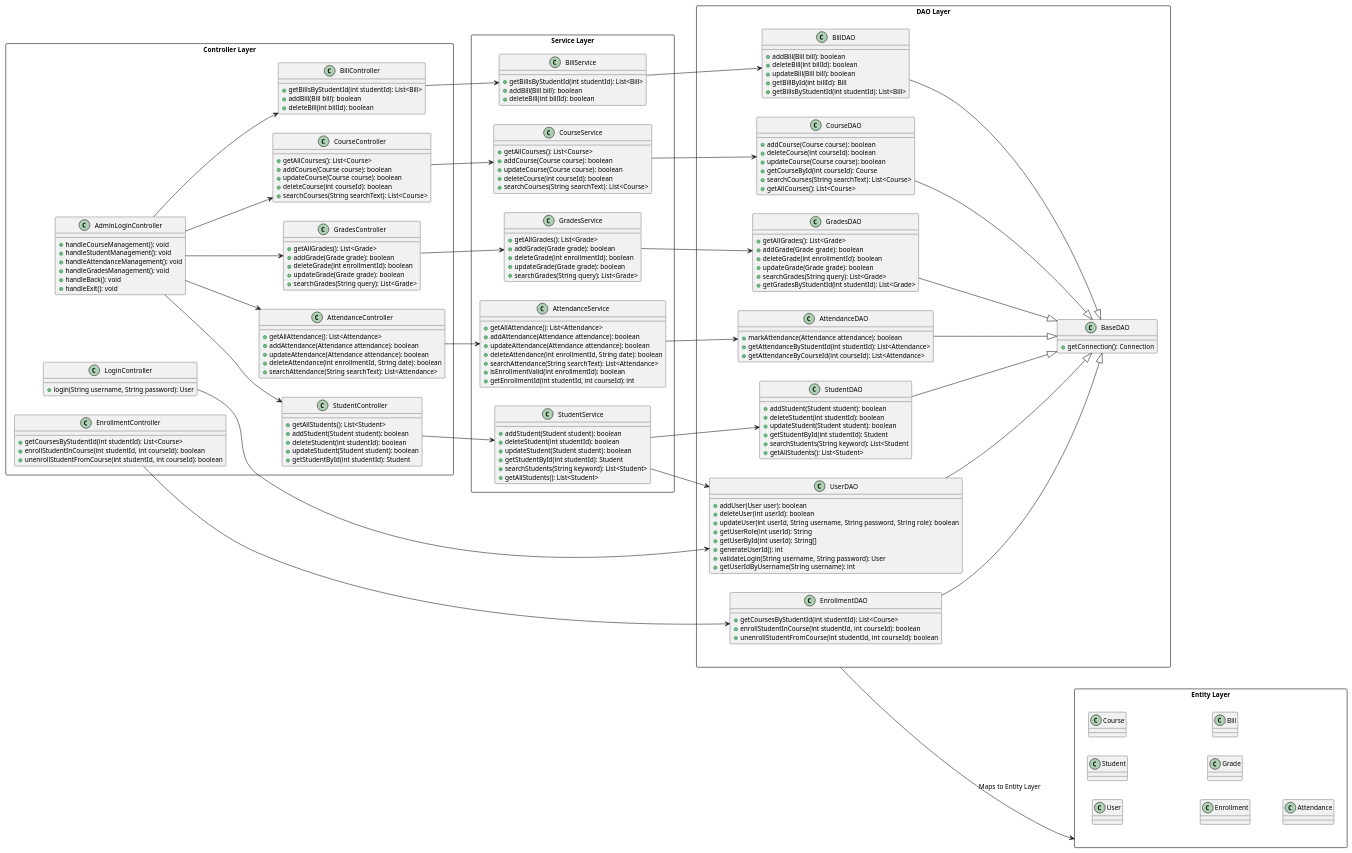
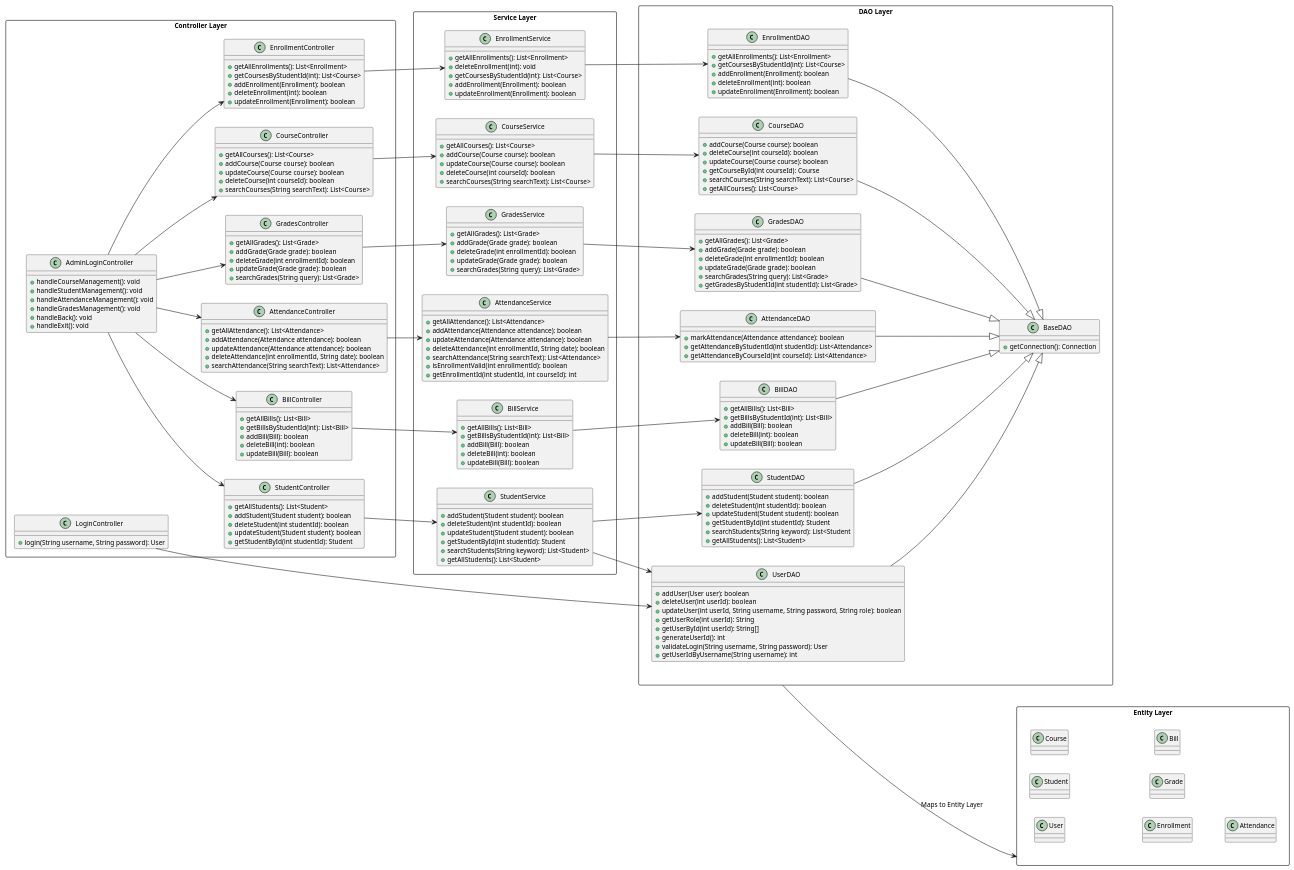
Before and after one commit to QianyiWu001/FinalProject: the diagram in Controller-Service-DAO.md, drawn with PlantUML. The commit also changed 11 other files, not shown here.

Commit message:
admin-enrollment,page management

```diff
--- a/Controller-Service-DAO.md
+++ b/Controller-Service-DAO.md
@@ -52,11 +52,7 @@
     + getAllCourses(): List<Course>
   }
 
-  class EnrollmentDAO {
-    + getCoursesByStudentId(int studentId): List<Course>
-    + enrollStudentInCourse(int studentId, int courseId): boolean
-    + unenrollStudentFromCourse(int studentId, int courseId): boolean
-  }
+
 
   class GradesDAO {
     + getAllGrades(): List<Grade>
@@ -67,14 +63,21 @@
     + getGradesByStudentId(int studentId): List<Grade>
   }
 
-  class BillDAO {
-    + addBill(Bill bill): boolean
-    + deleteBill(int billId): boolean
-    + updateBill(Bill bill): boolean
-    + getBillById(int billId): Bill
-    + getBillsByStudentId(int studentId): List<Bill>
+ class BillDAO {
+    + getAllBills(): List<Bill>
+    + getBillsByStudentId(int): List<Bill>
+    + addBill(Bill): boolean
+    + deleteBill(int): boolean
+    + updateBill(Bill): boolean
   }
 
+  class EnrollmentDAO {
+    + getAllEnrollments(): List<Enrollment>
+    + getCoursesByStudentId(int): List<Course>
+    + addEnrollment(Enrollment): boolean
+    + deleteEnrollment(int): boolean
+    + updateEnrollment(Enrollment): boolean
+  }
   class AttendanceDAO {
     + markAttendance(Attendance attendance): boolean
     + getAttendanceByStudentId(int studentId): List<Attendance>
@@ -109,12 +112,21 @@
     + searchGrades(String query): List<Grade>
   }
 
-  class BillService {
-    + getBillsByStudentId(int studentId): List<Bill>
-    + addBill(Bill bill): boolean
-    + deleteBill(int billId): boolean
+ class BillService {
+    + getAllBills(): List<Bill>
+    + getBillsByStudentId(int): List<Bill>
+    + addBill(Bill): boolean
+    + deleteBill(int): boolean
+    + updateBill(Bill): boolean
   }
 
+  class EnrollmentService {
+    + getAllEnrollments(): List<Enrollment>
+    + deleteEnrollment(int): void
+    + getCoursesByStudentId(int): List<Course>
+    + addEnrollment(Enrollment): boolean
+    + updateEnrollment(Enrollment): boolean
+  }
   class AttendanceService {
     + getAllAttendance(): List<Attendance>
     + addAttendance(Attendance attendance): boolean
@@ -150,9 +162,19 @@
   }
 
   class BillController {
-    + getBillsByStudentId(int studentId): List<Bill>
-    + addBill(Bill bill): boolean
-    + deleteBill(int billId): boolean
+    + getAllBills(): List<Bill>
+    + getBillsByStudentId(int): List<Bill>
+    + addBill(Bill): boolean
+    + deleteBill(int): boolean
+    + updateBill(Bill): boolean
+  }
+
+  class EnrollmentController {
+    + getAllEnrollments(): List<Enrollment>
+    + getCoursesByStudentId(int): List<Course>
+    + addEnrollment(Enrollment): boolean
+    + deleteEnrollment(int): boolean
+    + updateEnrollment(Enrollment): boolean
   }
 
   class CourseController {
@@ -163,11 +185,6 @@
     + searchCourses(String searchText): List<Course>
   }
 
-  class EnrollmentController {
-    + getCoursesByStudentId(int studentId): List<Course>
-    + enrollStudentInCourse(int studentId, int courseId): boolean
-    + unenrollStudentFromCourse(int studentId, int courseId): boolean
-  }
 
   class GradesController {
     + getAllGrades(): List<Grade>
@@ -191,28 +208,30 @@
 
 
 
+ ' Service 与 DAO 的依赖
+  StudentService --> StudentDAO
+  StudentService --> UserDAO
+  CourseService --> CourseDAO
+  GradesService --> GradesDAO
+  BillService --> BillDAO
+  AttendanceService --> AttendanceDAO
+  EnrollmentService --> EnrollmentDAO
 
-' Service 与 DAO 的依赖
-StudentService --> StudentDAO
-StudentService --> UserDAO
-CourseService --> CourseDAO
-GradesService --> GradesDAO
-BillService --> BillDAO
-AttendanceService --> AttendanceDAO
+ ' Controller 与 Service 或 DAO 的依赖
+  LoginController --> UserDAO
+  AdminLoginController --> AttendanceController
+  AdminLoginController --> BillController
+  AdminLoginController --> CourseController
+  AdminLoginController --> GradesController
+  AdminLoginController --> StudentController
+  AdminLoginController --> EnrollmentController
 
-' Controller 与 Service 或 DAO 的依赖
-LoginController --> UserDAO
-AdminLoginController --> AttendanceController
-AdminLoginController --> BillController
-AdminLoginController --> CourseController
-AdminLoginController --> GradesController
-AdminLoginController --> StudentController
-AttendanceController --> AttendanceService
-BillController --> BillService
-CourseController --> CourseService
-EnrollmentController --> EnrollmentDAO
-GradesController --> GradesService
-StudentController --> StudentService
+  AttendanceController --> AttendanceService
+  BillController --> BillService
+  CourseController --> CourseService
+  GradesController --> GradesService
+  StudentController --> StudentService
+  EnrollmentController --> EnrollmentService
 
 
 ' DAO 继承 BaseDAO
```
